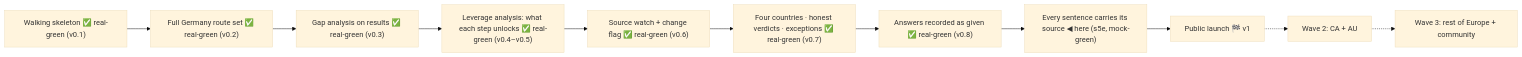
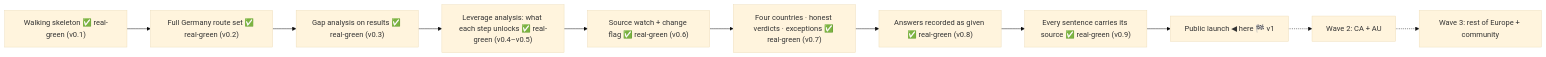
Before and after one commit to OytunOnal/permit-rulebook: the diagram in KANBAN.md, drawn with Mermaid (base theme). The commit also changed other lines of this file and 1 other file, not shown here.

Commit message:
v0.9: s5e real-green — the PDF-tier quotes read from the files' text layers

````diff
--- a/KANBAN.md
+++ b/KANBAN.md
@@ -8,13 +8,13 @@
 ```mermaid
 flowchart LR
     A["Walking skeleton ✅ real-green (v0.1)"] --> B["Full Germany route set ✅ real-green (v0.2)"]
     B --> C["Gap analysis on results ✅ real-green (v0.3)"]
     C --> C2["Leverage analysis: what each step unlocks ✅ real-green (v0.4–v0.5)"]
     C2 --> D["Source watch + change flag ✅ real-green (v0.6)"]
     D --> E["Four countries · honest verdicts · exceptions ✅ real-green (v0.7)"]
     E --> E2["Answers recorded as given ✅ real-green (v0.8)"]
-    E2 --> E3["Every sentence carries its source ◀ here (s5e, mock-green)"]
-    E3 --> F["Public launch 🏁 v1"]
+    E2 --> E3["Every sentence carries its source ✅ real-green (v0.9)"]
+    E3 --> F["Public launch ◀ here 🏁 v1"]
     F -.-> G["Wave 2: CA + AU"]
     G -.-> H["Wave 3: rest of Europe + community"]
 ```
````
